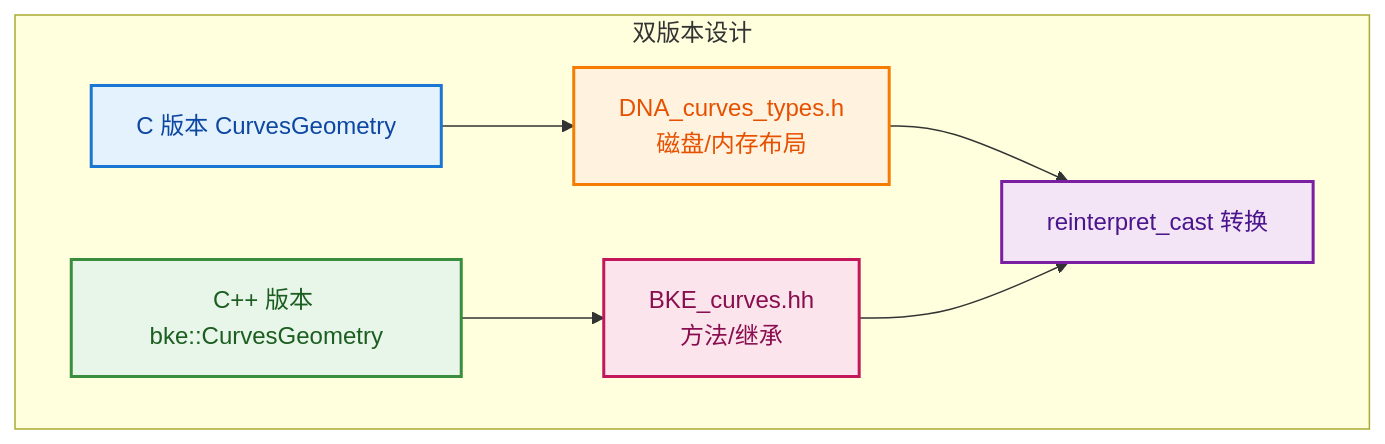
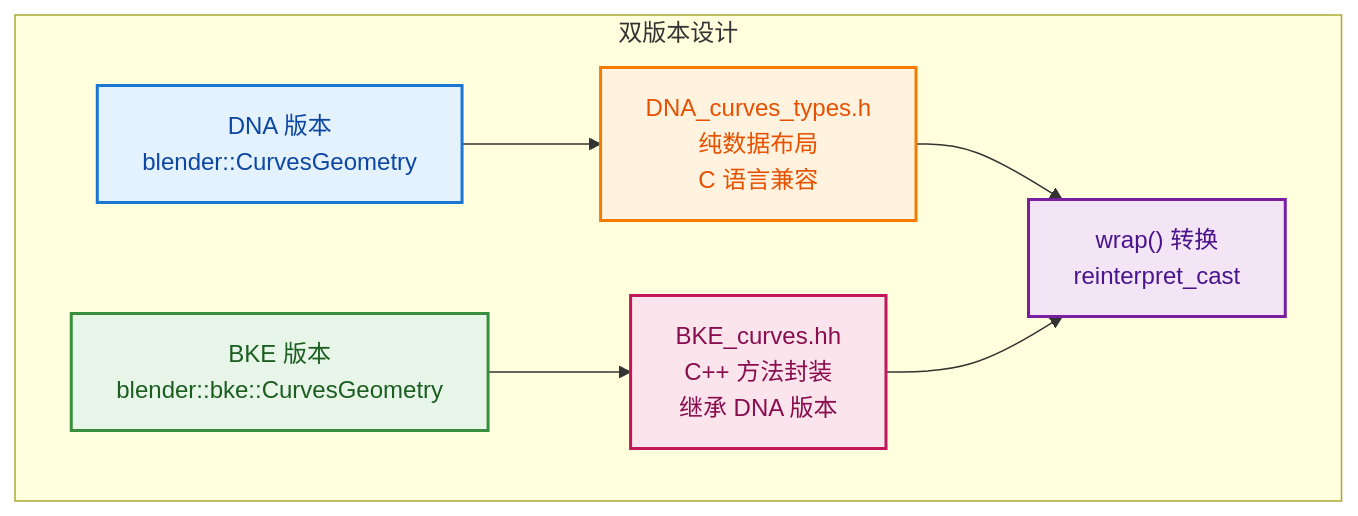
One commit to yunkezengren/blender-.vscode changed the first of 2 diagrams in 杂/markdown/学习节点/拆分曲线节点/03_Curve_Nodes_Differences.md. Above: the diagram before and after it, drawn with Mermaid. The commit also changed other lines of this file, not shown here.

````diff
--- a/杂/markdown/学习节点/拆分曲线节点/03_Curve_Nodes_Differences.md
+++ b/杂/markdown/学习节点/拆分曲线节点/03_Curve_Nodes_Differences.md
@@ -156,15 +115,15 @@
 ```mermaid
 flowchart TB
     subgraph "双版本设计"
-        A["C 版本 CurvesGeometry"] --> B["DNA_curves_types.h<br/>磁盘/内存布局"]
-        C["C++ 版本 bke::CurvesGeometry"] --> D["BKE_curves.hh<br/>方法/继承"]
-        B --> E["reinterpret_cast 转换"]
+        A["DNA 版本<br/>blender::CurvesGeometry"] --> B["DNA_curves_types.h<br/>纯数据布局<br/>C 语言兼容"]
+        C["BKE 版本<br/>blender::bke::CurvesGeometry"] --> D["BKE_curves.hh<br/>C++ 方法封装<br/>继承 DNA 版本"]
+        B --> E["wrap() 转换<br/>reinterpret_cast"]
         D --> E
     end
     
     style A fill:#e3f2fd,stroke:#1976d2,stroke-width:2px,color:#0d47a1
     style B fill:#fff3e0,stroke:#f57c00,stroke-width:2px,color:#e65100
     style C fill:#e8f5e9,stroke:#388e3c,stroke-width:2px,color:#1b5e20
     style D fill:#fce4ec,stroke:#c2185b,stroke-width:2px,color:#880e4f
     style E fill:#f3e5f5,stroke:#7b1fa2,stroke-width:2px,color:#4a148c
 ```
````
